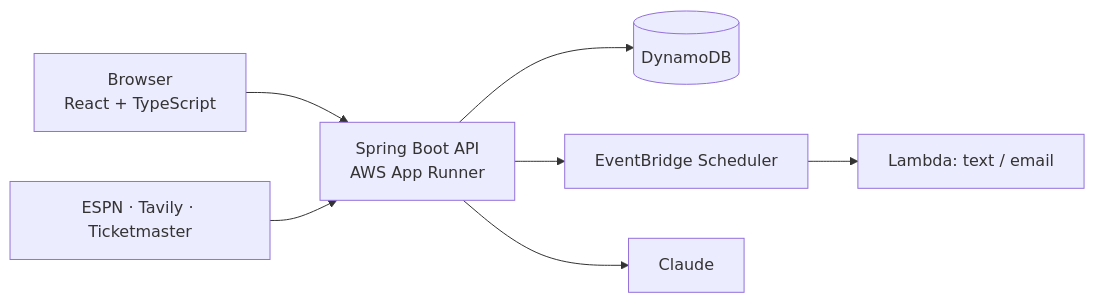
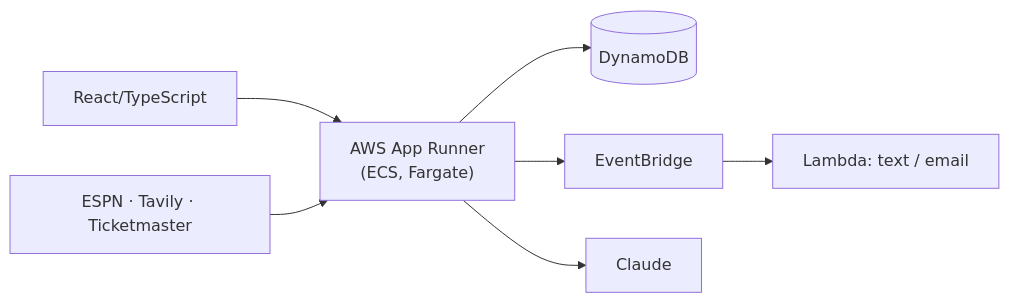
The diagram in README.md (Artin-Mirzayans/RemindMe), drawn with Mermaid before and after one commit. The commit also changed other lines of this file and 4 other files, not shown here.

First line of the commit message:
Add screenshots to the README and update the architecture diagram

````diff
--- a/README.md
+++ b/README.md
@@ -40,9 +67,9 @@
 ```mermaid
 graph LR
-    U["Browser<br/>React + TypeScript"] --> API["Spring Boot API<br/>AWS App Runner"]
+    U["React/TypeScript"] --> API["AWS App Runner<br/>(ECS, Fargate)"]
     API --> DB[("DynamoDB")]
-    API --> EB["EventBridge Scheduler"]
+    API --> EB["EventBridge"]
     EB --> L["Lambda: text / email"]
     API --> C["Claude"]
     D["ESPN · Tavily · Ticketmaster"] --> API
 ```
````
